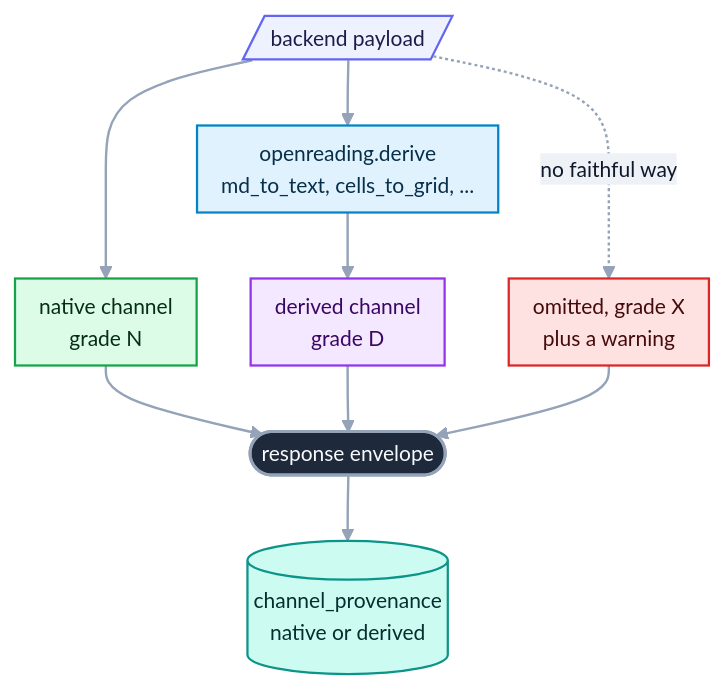
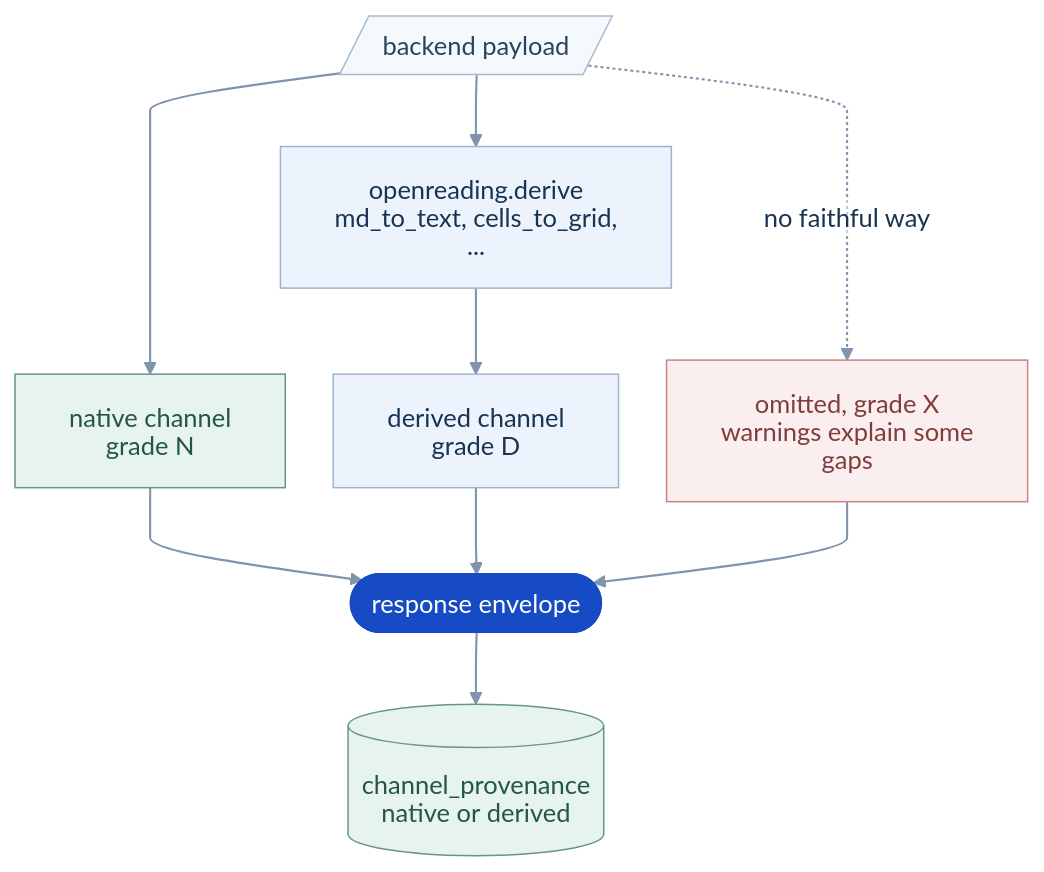
One commit to openreading-ai/openreading-core changed the diagram in src/openreading/derive/README.md. Above: the diagram before and after it, drawn with Mermaid. The commit also changed other lines of this file and 35 other files, not shown here.

First line of the commit message:
docs: unify README diagrams and add tutorial website (#43)

````diff
--- a/src/openreading/derive/README.md
+++ b/src/openreading/derive/README.md
@@ -34,21 +40,21 @@
 ```mermaid
-%%{init: {"theme":"base","themeVariables":{"fontFamily":"ui-sans-serif, system-ui, -apple-system, Segoe UI, Roboto, sans-serif","fontSize":"14px","lineColor":"#94a3b8","textColor":"#334155","primaryTextColor":"#0f172a","edgeLabelBackground":"#eef2f7","clusterBkg":"#f8fafc","clusterBorder":"#cbd5e1","titleColor":"#334155"},"flowchart":{"curve":"basis","nodeSpacing":36,"rankSpacing":44,"padding":8,"useMaxWidth":true}}}%%
+%%{init: {"theme":"base","fontFamily":"Arial","deterministicIds":true,"deterministicIDSeed":"openreading","htmlLabels":false,"themeVariables":{"fontFamily":"Arial","fontSize":"17px","lineColor":"#8194ad","textColor":"#183451","primaryTextColor":"#183451","primaryColor":"#edf3fc","primaryBorderColor":"#9db4d0","edgeLabelBackground":"#ffffff","clusterBkg":"#f5f8fc","clusterBorder":"#d7e1ee","titleColor":"#183451","actorBkg":"#edf3fc","actorBorder":"#9db4d0","actorTextColor":"#183451","actorLineColor":"#9db4d0","signalColor":"#527095","signalTextColor":"#183451","labelBoxBkgColor":"#fff4de","labelBoxBorderColor":"#c6953a","labelTextColor":"#70501b","loopTextColor":"#527095","noteBkgColor":"#edf3fc","noteBorderColor":"#9db4d0","noteTextColor":"#183451","sequenceNumberColor":"#ffffff","activationBkgColor":"#e7f3ee","activationBorderColor":"#679780"},"flowchart":{"curve":"monotoneY","nodeSpacing":32,"rankSpacing":48,"padding":18,"useMaxWidth":true},"sequence":{"useMaxWidth":true,"actorMargin":65,"messageMargin":38,"mirrorActors":false}}}%%
 flowchart TD
   P[/"backend payload"/]:::src --> N["native channel<br>grade N"]:::good
   P --> D["openreading.derive<br>md_to_text, cells_to_grid, ..."]:::work
   D --> DC["derived channel<br>grade D"]:::out
-  P -. "no faithful way" .-> X["omitted, grade X<br>plus a warning"]:::bad
+  P -. "no faithful way" .-> X["omitted, grade X<br>warnings explain some gaps"]:::bad
   N --> E(["response envelope"]):::hero
   DC --> E
   X --> E
   E --> CP[("channel_provenance<br>native or derived")]:::store
-  classDef src fill:#eef2ff,stroke:#6366f1,stroke-width:1.5px,color:#1e1b4b;
-  classDef work fill:#e0f2fe,stroke:#0284c7,stroke-width:1.5px,color:#082f49;
-  classDef gate fill:#fef3c7,stroke:#d97706,stroke-width:1.5px,color:#451a03;
-  classDef good fill:#dcfce7,stroke:#16a34a,stroke-width:1.5px,color:#052e16;
-  classDef bad fill:#fee2e2,stroke:#dc2626,stroke-width:1.5px,color:#450a0a;
-  classDef store fill:#ccfbf1,stroke:#0d9488,stroke-width:1.5px,color:#042f2e;
-  classDef out fill:#f3e8ff,stroke:#9333ea,stroke-width:1.5px,color:#3b0764;
-  classDef hero fill:#1e293b,stroke:#94a3b8,stroke-width:2px,color:#f8fafc;
-  linkStyle default stroke-width:1.6px;
+  classDef src fill:#f5f8fc,stroke:#a7b9d0,stroke-width:1px,color:#29445f;
+  classDef work fill:#edf3fc,stroke:#9db4d0,stroke-width:1px,color:#183451;
+  classDef gate fill:#fff4de,stroke:#c6953a,stroke-width:1px,color:#70501b;
+  classDef good fill:#e7f3ee,stroke:#679780,stroke-width:1px,color:#245740;
+  classDef bad fill:#fbeeee,stroke:#c78686,stroke-width:1px,color:#803d3d;
+  classDef store fill:#e7f3ee,stroke:#679780,stroke-width:1px,color:#245740;
+  classDef out fill:#edf3fc,stroke:#9db4d0,stroke-width:1px,color:#183451;
+  classDef hero fill:#164bc5,stroke:#164bc5,stroke-width:1px,color:#ffffff;
+  linkStyle default stroke-width:1.4px;
 ```
````
